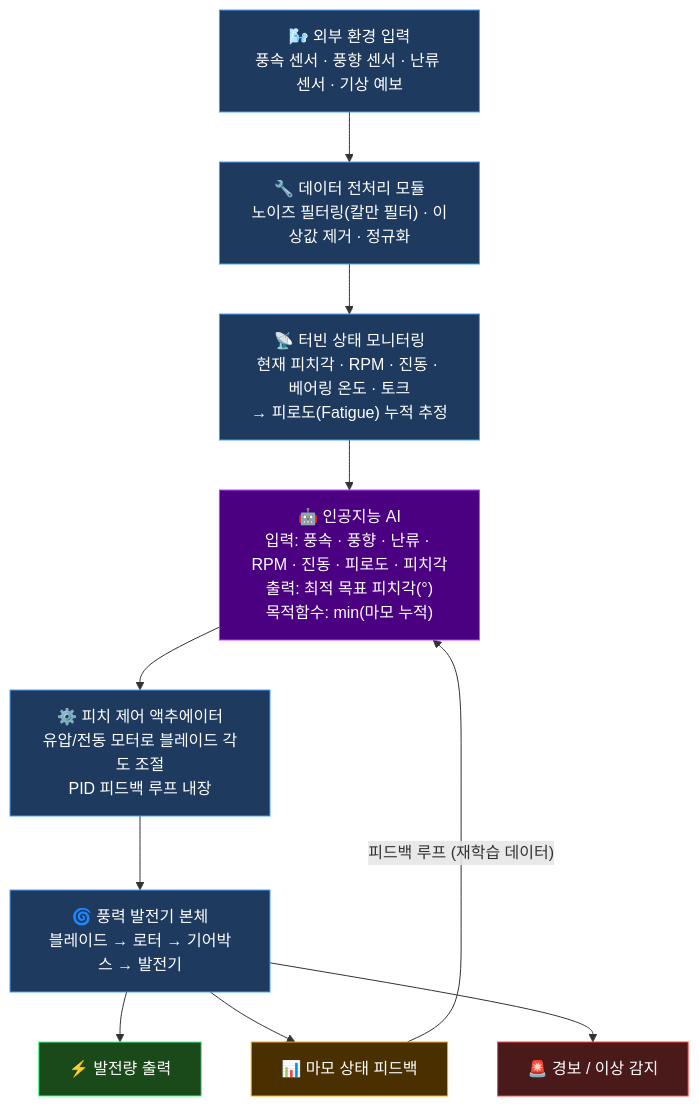
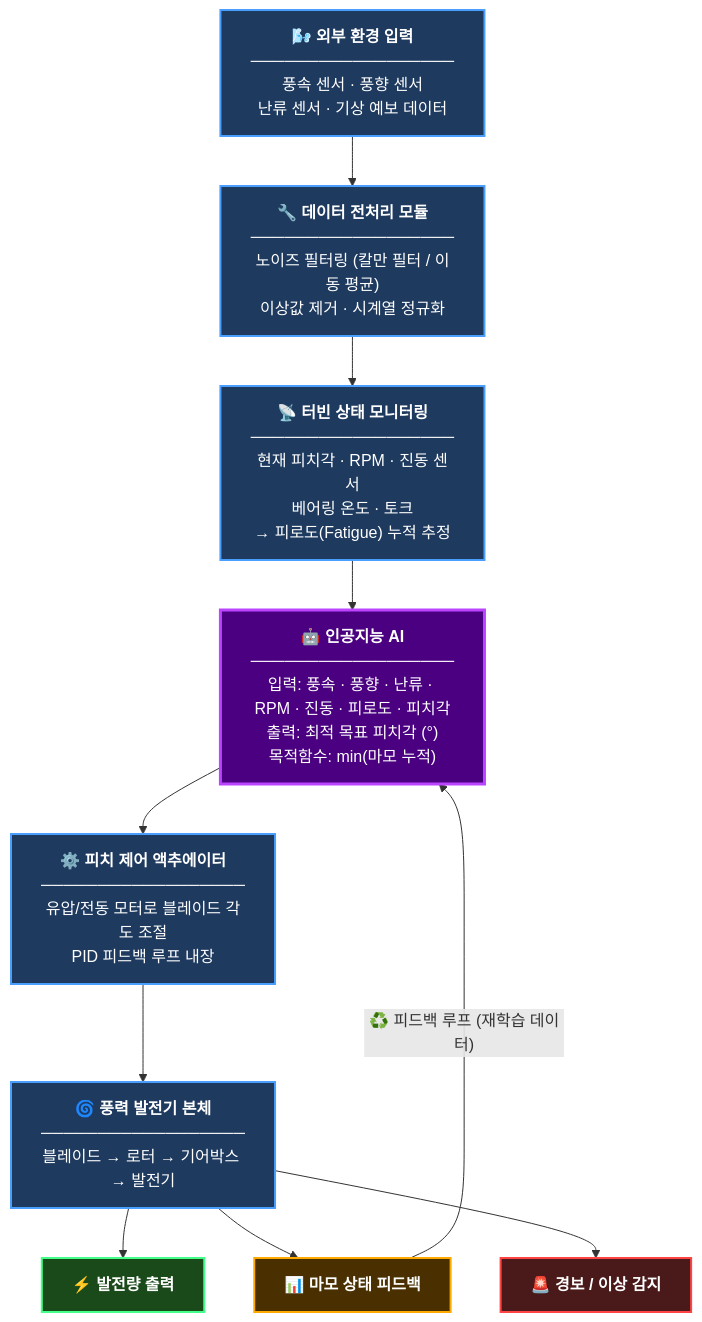
Before and after one commit to spickingerqc-web/wind-turbine-ai: the diagram in README.md, drawn with Mermaid.

Commit message:
Improve block diagram: separate title and content in each node

````diff
--- a/README.md
+++ b/README.md
@@ -12,32 +12,32 @@
 ```mermaid
 flowchart TD
-    A["🌬️ 외부 환경 입력\n풍속 센서 · 풍향 센서 · 난류 센서 · 기상 예보"]
-    B["🔧 데이터 전처리 모듈\n노이즈 필터링(칼만 필터) · 이상값 제거 · 정규화"]
-    C["📡 터빈 상태 모니터링\n현재 피치각 · RPM · 진동 · 베어링 온도 · 토크\n→ 피로도(Fatigue) 누적 추정"]
-    D["🤖 인공지능 AI\n입력: 풍속 · 풍향 · 난류 · RPM · 진동 · 피로도 · 피치각\n출력: 최적 목표 피치각(°)\n목적함수: min(마모 누적)"]
-    E["⚙️ 피치 제어 액추에이터\n유압/전동 모터로 블레이드 각도 조절\nPID 피드백 루프 내장"]
-    F["🌀 풍력 발전기 본체\n블레이드 → 로터 → 기어박스 → 발전기"]
-    G["⚡ 발전량 출력"]
-    H["📊 마모 상태 피드백"]
-    I["🚨 경보 / 이상 감지"]
+    A["<b>🌬️ 외부 환경 입력</b><br/>──────────────────<br/>풍속 센서 · 풍향 센서<br/>난류 센서 · 기상 예보 데이터"]
+    B["<b>🔧 데이터 전처리 모듈</b><br/>──────────────────<br/>노이즈 필터링 (칼만 필터 / 이동 평균)<br/>이상값 제거 · 시계열 정규화"]
+    C["<b>📡 터빈 상태 모니터링</b><br/>──────────────────<br/>현재 피치각 · RPM · 진동 센서<br/>베어링 온도 · 토크<br/>→ 피로도(Fatigue) 누적 추정"]
+    D["<b>🤖 인공지능 AI</b><br/>──────────────────<br/>입력: 풍속 · 풍향 · 난류 · RPM · 진동 · 피로도 · 피치각<br/>출력: 최적 목표 피치각 (°)<br/>목적함수: min(마모 누적)"]
+    E["<b>⚙️ 피치 제어 액추에이터</b><br/>──────────────────<br/>유압/전동 모터로 블레이드 각도 조절<br/>PID 피드백 루프 내장"]
+    F["<b>🌀 풍력 발전기 본체</b><br/>──────────────────<br/>블레이드 → 로터 → 기어박스 → 발전기"]
+    G["<b>⚡ 발전량 출력</b>"]
+    H["<b>📊 마모 상태 피드백</b>"]
+    I["<b>🚨 경보 / 이상 감지</b>"]
 
     A --> B
     B --> C
     C --> D
     D --> E
     E --> F
     F --> G
     F --> H
     F --> I
-    H -->|"피드백 루프 (재학습 데이터)"| D
+    H -->|"♻️ 피드백 루프 (재학습 데이터)"| D
 
-    style A fill:#1e3a5f,color:#fff,stroke:#4a9eff
-    style B fill:#1e3a5f,color:#fff,stroke:#4a9eff
-    style C fill:#1e3a5f,color:#fff,stroke:#4a9eff
-    style D fill:#4a0080,color:#fff,stroke:#bb44ff
-    style E fill:#1e3a5f,color:#fff,stroke:#4a9eff
-    style F fill:#1e3a5f,color:#fff,stroke:#4a9eff
-    style G fill:#1a4a1a,color:#fff,stroke:#44ff88
-    style H fill:#4a3000,color:#fff,stroke:#ffaa00
-    style I fill:#4a1a1a,color:#fff,stroke:#ff4444
+    style A fill:#1e3a5f,color:#fff,stroke:#4a9eff,stroke-width:2px
+    style B fill:#1e3a5f,color:#fff,stroke:#4a9eff,stroke-width:2px
+    style C fill:#1e3a5f,color:#fff,stroke:#4a9eff,stroke-width:2px
+    style D fill:#4a0080,color:#fff,stroke:#bb44ff,stroke-width:3px
+    style E fill:#1e3a5f,color:#fff,stroke:#4a9eff,stroke-width:2px
+    style F fill:#1e3a5f,color:#fff,stroke:#4a9eff,stroke-width:2px
+    style G fill:#1a4a1a,color:#fff,stroke:#44ff88,stroke-width:2px
+    style H fill:#4a3000,color:#fff,stroke:#ffaa00,stroke-width:2px
+    style I fill:#4a1a1a,color:#fff,stroke:#ff4444,stroke-width:2px
 ```
````
